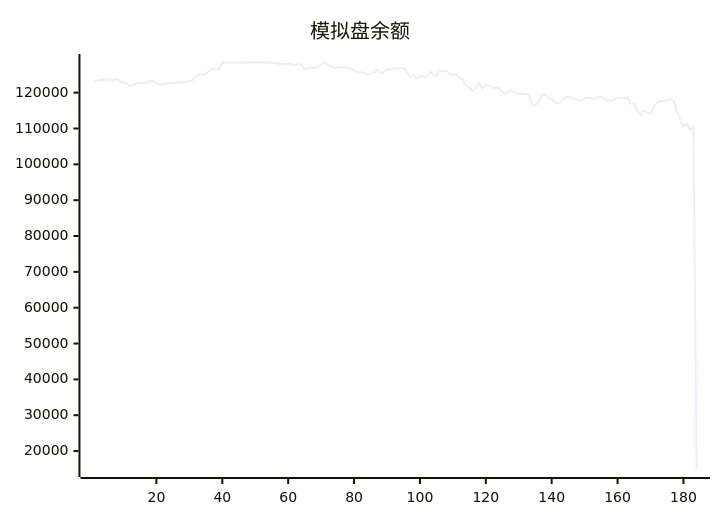
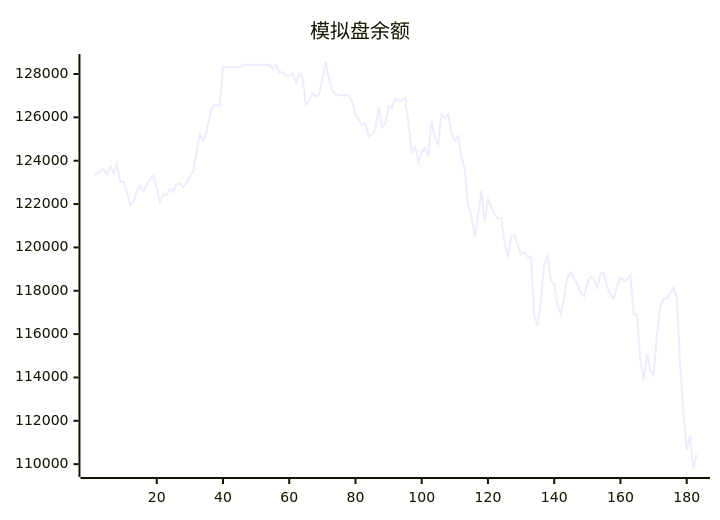
Before and after one commit to aahl/ai-trading: the diagram in README.md, drawn with Mermaid. The commit also changed 1 other file, not shown here.

Commit message:
📈 AI Auto Trading

````diff
--- a/README.md
+++ b/README.md
@@ -5,5 +5,5 @@
 ```mermaid
 xychart
     title "模拟盘余额"
-    line [123338,123402,123530,123592,123378,123745,123413,123853,123009,123040,122557,121938,122095,122599,122856,122597,122898,123160,123319,122719,122087,122454,122416,122685,122592,122907,122961,122776,122981,123295,123507,124403,125224,124894,125303,126088,126544,126534,126549,128335,128318,128318,128318,128318,128318,128424,128424,128424,128424,128424,128424,128424,128424,128424,128247,128412,128062,128087,127917,127901,128026,127611,128000,127850,126572,126770,127100,126971,127029,127783,128554,127765,127224,127064,127044,127009,127025,127004,126738,126152,125871,125635,125707,125117,125217,125420,126480,125545,125715,126511,126424,126856,126764,126788,126890,125710,124381,124632,123936,124402,124574,124256,125833,125070,124739,126154,125966,126145,125213,124943,125143,124157,123604,121959,121476,120476,121470,122610,121201,122221,121889,121522,121332,121344,120232,119559,120513,120577,120108,119680,119777,119572,119568,116839,116392,117573,119250,119585,118469,118277,117338,116897,117706,118628,118849,118579,118280,117926,117735,118373,118639,118544,118136,118798,118819,118162,117874,117649,118215,118601,118463,118517,118713,116911,116899,114798,113887,115084,114313,114091,115934,117221,117658,117658,117883,118164,117693,114632,112403,110644,111313,109777,110444,15000]
+    line [123338,123402,123530,123592,123378,123745,123413,123853,123009,123040,122557,121938,122095,122599,122856,122597,122898,123160,123319,122719,122087,122454,122416,122685,122592,122907,122961,122776,122981,123295,123507,124403,125224,124894,125303,126088,126544,126534,126549,128335,128318,128318,128318,128318,128318,128424,128424,128424,128424,128424,128424,128424,128424,128424,128247,128412,128062,128087,127917,127901,128026,127611,128000,127850,126572,126770,127100,126971,127029,127783,128554,127765,127224,127064,127044,127009,127025,127004,126738,126152,125871,125635,125707,125117,125217,125420,126480,125545,125715,126511,126424,126856,126764,126788,126890,125710,124381,124632,123936,124402,124574,124256,125833,125070,124739,126154,125966,126145,125213,124943,125143,124157,123604,121959,121476,120476,121470,122610,121201,122221,121889,121522,121332,121344,120232,119559,120513,120577,120108,119680,119777,119572,119568,116839,116392,117573,119250,119585,118469,118277,117338,116897,117706,118628,118849,118579,118280,117926,117735,118373,118639,118544,118136,118798,118819,118162,117874,117649,118215,118601,118463,118517,118713,116911,116899,114798,113887,115084,114313,114091,115934,117221,117658,117658,117883,118164,117693,114632,112403,110644,111313,109777,110444]
 ```
````
